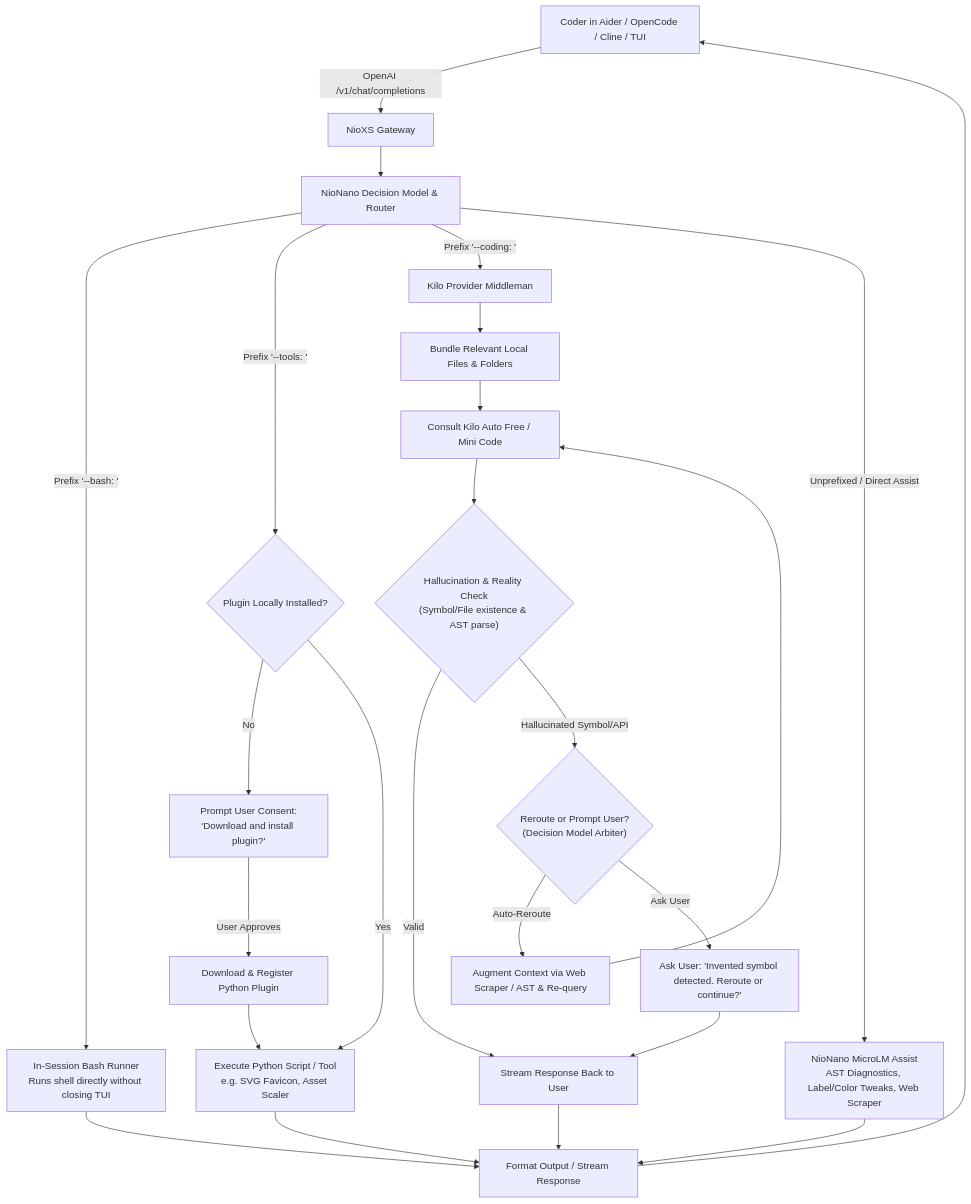
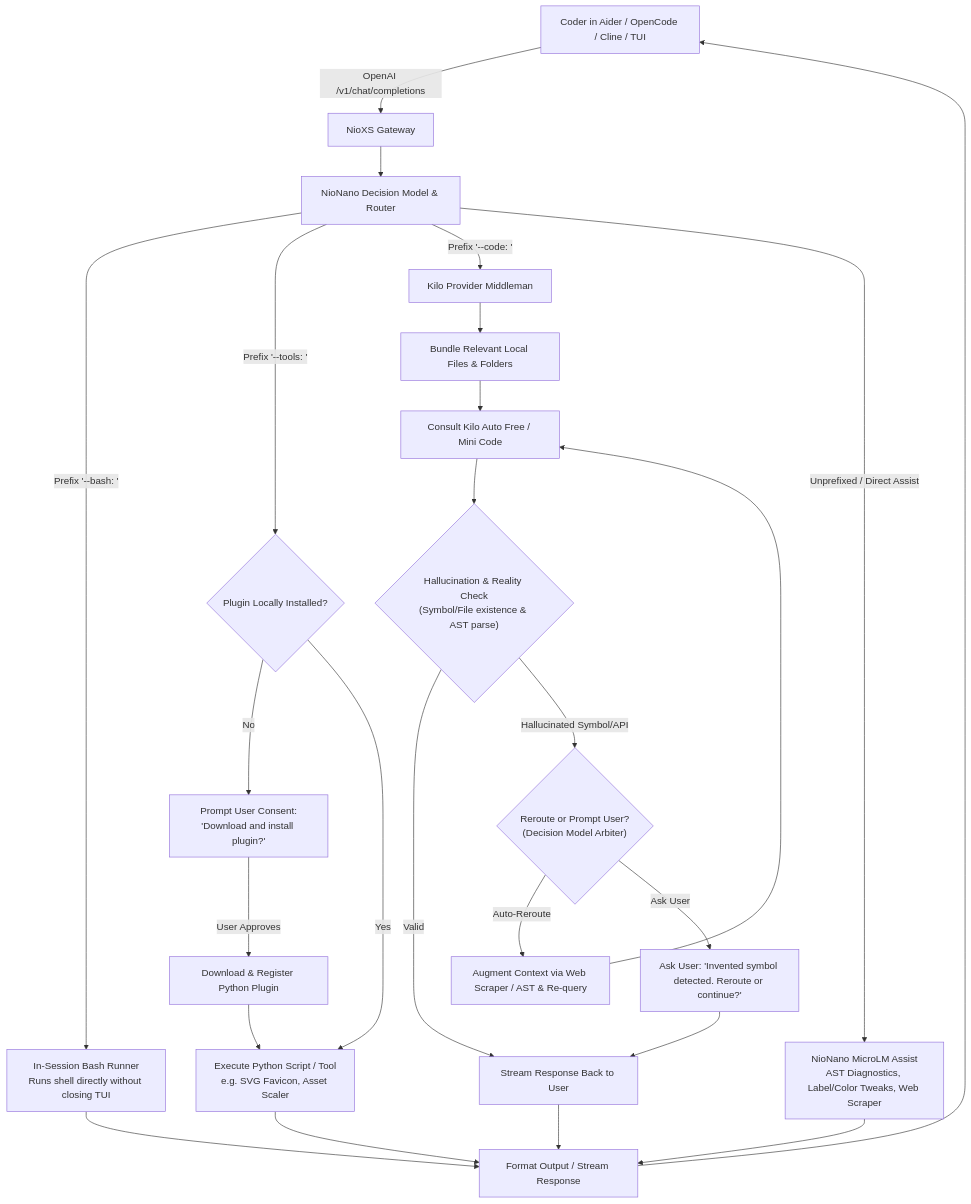
Before and after one commit to nio-labs/nio-xs: the first of 3 diagrams in docs/PLAN.md, drawn with Mermaid. The commit also changed other lines of this file and 8 other files, not shown here.

First line of the commit message:
feat(companion): make --code the sole coding directive and sync docs

````diff
--- a/docs/PLAN.md
+++ b/docs/PLAN.md
@@ -57,32 +57,32 @@
 ```mermaid
 flowchart TD
     U["Coder in Aider / OpenCode / Cline / TUI"] -->|OpenAI /v1/chat/completions| G["NioXS Gateway"]
     G --> D["NioNano Decision Model & Router"]
 
     D -->|Prefix '--bash: <cmd>'| B["In-Session Bash Runner<br/>Runs shell directly without closing TUI"]
     
     D -->|Prefix '--tools: <task>'| CHK{"Plugin Locally Installed?"}
     CHK -->|No| ASK["Prompt User Consent:<br/>'Download and install plugin?'"]
     ASK -->|User Approves| INST["Download & Register Python Plugin"]
     INST --> RUN["Execute Python Script / Tool<br/>e.g. SVG Favicon, Asset Scaler"]
     CHK -->|Yes| RUN
 
-    D -->|Prefix '--coding: <req>'| K["Kilo Provider Middleman"]
+    D -->|Prefix '--code: <req>'| K["Kilo Provider Middleman"]
     K --> CTX["Bundle Relevant Local Files & Folders"]
     CTX --> LLM["Consult Kilo Auto Free / Mini Code"]
     LLM --> VERIFY{"Hallucination & Reality Check<br/>(Symbol/File existence & AST parse)"}
     VERIFY -->|Valid| RET["Stream Response Back to User"]
     VERIFY -->|Hallucinated Symbol/API| GATE{"Reroute or Prompt User?<br/>(Decision Model Arbiter)"}
     GATE -->|Auto-Reroute| REROUTE["Augment Context via Web Scraper / AST & Re-query"]
     REROUTE --> LLM
     GATE -->|Ask User| CLARIFY["Ask User: 'Invented symbol detected. Reroute or continue?'"]
     CLARIFY --> RET
 
     D -->|Unprefixed / Direct Assist| N["NioNano MicroLM Assist<br/>AST Diagnostics, Label/Color Tweaks, Web Scraper"]
 
     B --> RESP["Format Output / Stream Response"]
     RUN --> RESP
     RET --> RESP
     N --> RESP
     RESP --> U
 ```
````
